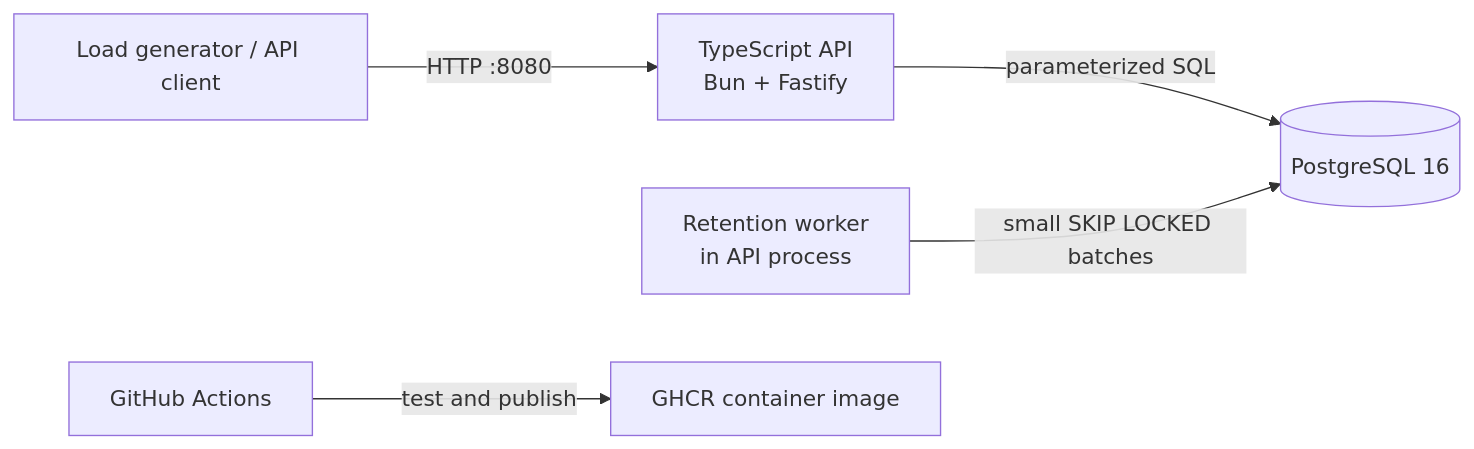
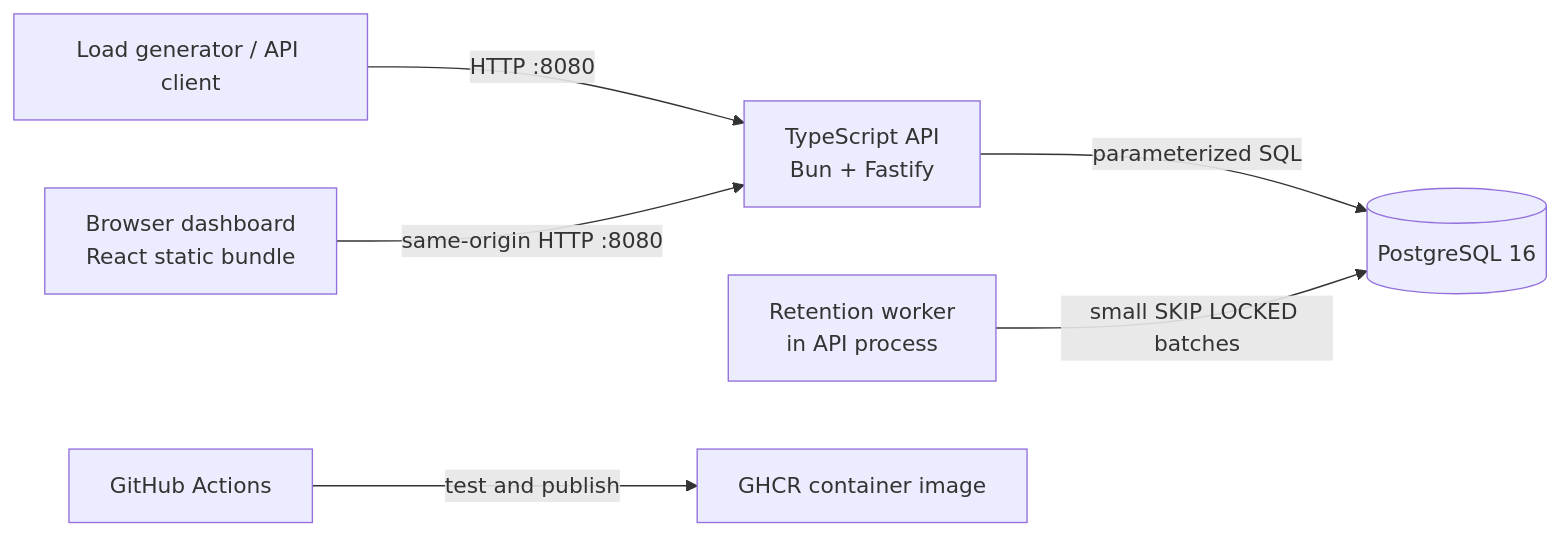
One commit to Elissar0/log-a-log changed the diagram in arch.md. Above: the diagram before and after it, drawn with Mermaid. The commit also changed other lines of this file and 35 other files, not shown here.

````diff
--- a/arch.md
+++ b/arch.md
@@ -25,7 +25,8 @@
 ```mermaid
 flowchart LR
     C["Load generator / API client"] -->|"HTTP :8080"| A["TypeScript API<br/>Bun + Fastify"]
+    B["Browser dashboard<br/>React static bundle"] -->|"same-origin HTTP :8080"| A
     A -->|"parameterized SQL"| P[("PostgreSQL 16")]
     R["Retention worker<br/>in API process"] -->|"small SKIP LOCKED batches"| P
     G["GitHub Actions"] -->|"test and publish"| I["GHCR container image"]
 ```
````
